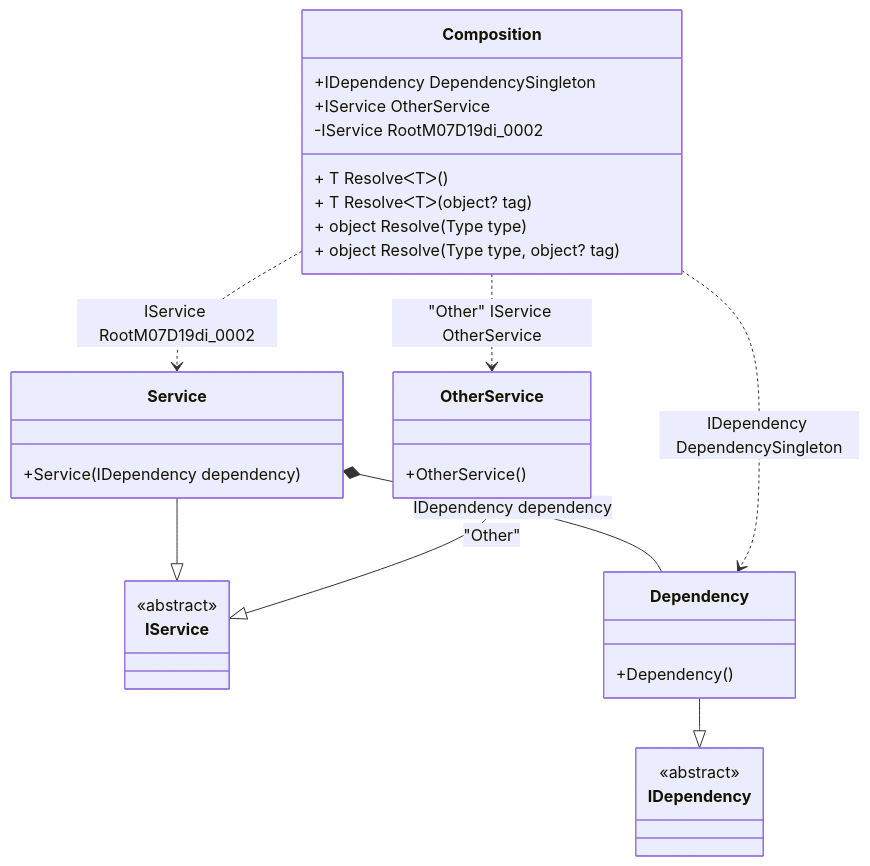
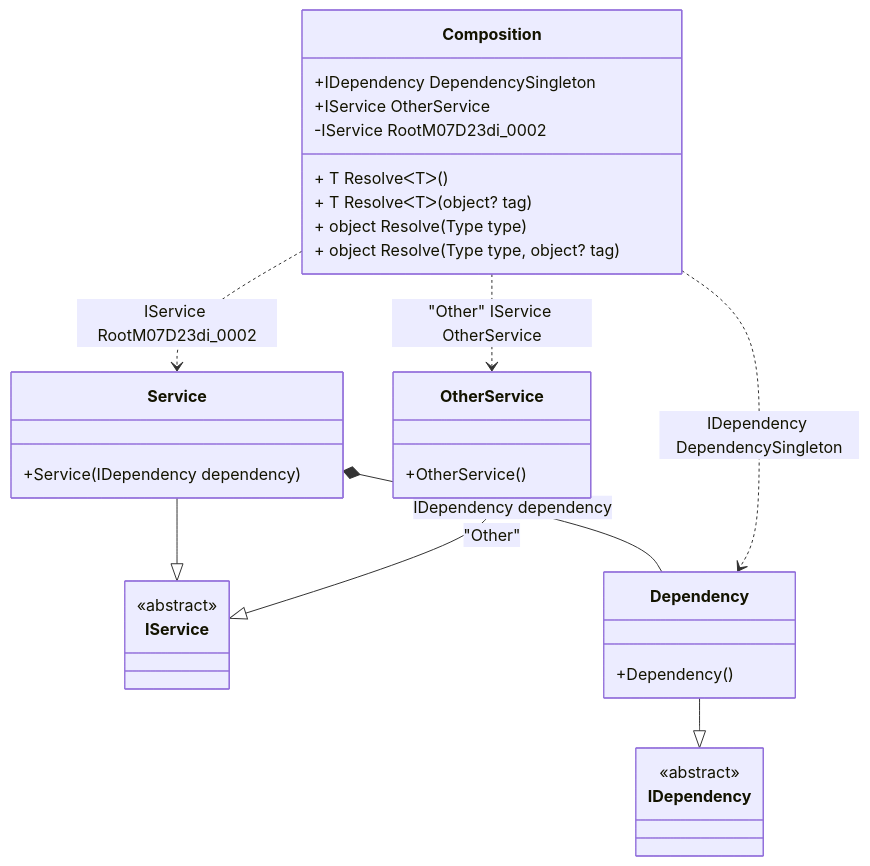
Before and after one commit to DevTeam/Pure.DI: the diagram in readme/resolve-methods.md, drawn with Mermaid. The commit also changed other lines of this file and 55 other files, not shown here.

````diff
--- a/readme/resolve-methods.md
+++ b/readme/resolve-methods.md
@@ -47,34 +47,34 @@
 ```mermaid
 classDiagram
   class Composition {
     +IDependency DependencySingleton
     +IService OtherService
-    -IService RootM07D19di_0002
+    -IService RootM07D23di_0002
     + T ResolveᐸTᐳ()
     + T ResolveᐸTᐳ(object? tag)
     + object Resolve(Type type)
     + object Resolve(Type type, object? tag)
   }
   Service --|> IService : 
   class Service {
     +Service(IDependency dependency)
   }
   Dependency --|> IDependency : 
   class Dependency {
     +Dependency()
   }
   OtherService --|> IService : "Other" 
   class OtherService {
     +OtherService()
   }
   class IService {
     <<abstract>>
   }
   class IDependency {
     <<abstract>>
   }
   Service *--  Dependency : IDependency dependency
   Composition ..> Dependency : IDependency DependencySingleton
-  Composition ..> Service : IService RootM07D19di_0002
+  Composition ..> Service : IService RootM07D23di_0002
   Composition ..> OtherService : "Other" IService OtherService
 ```
````
